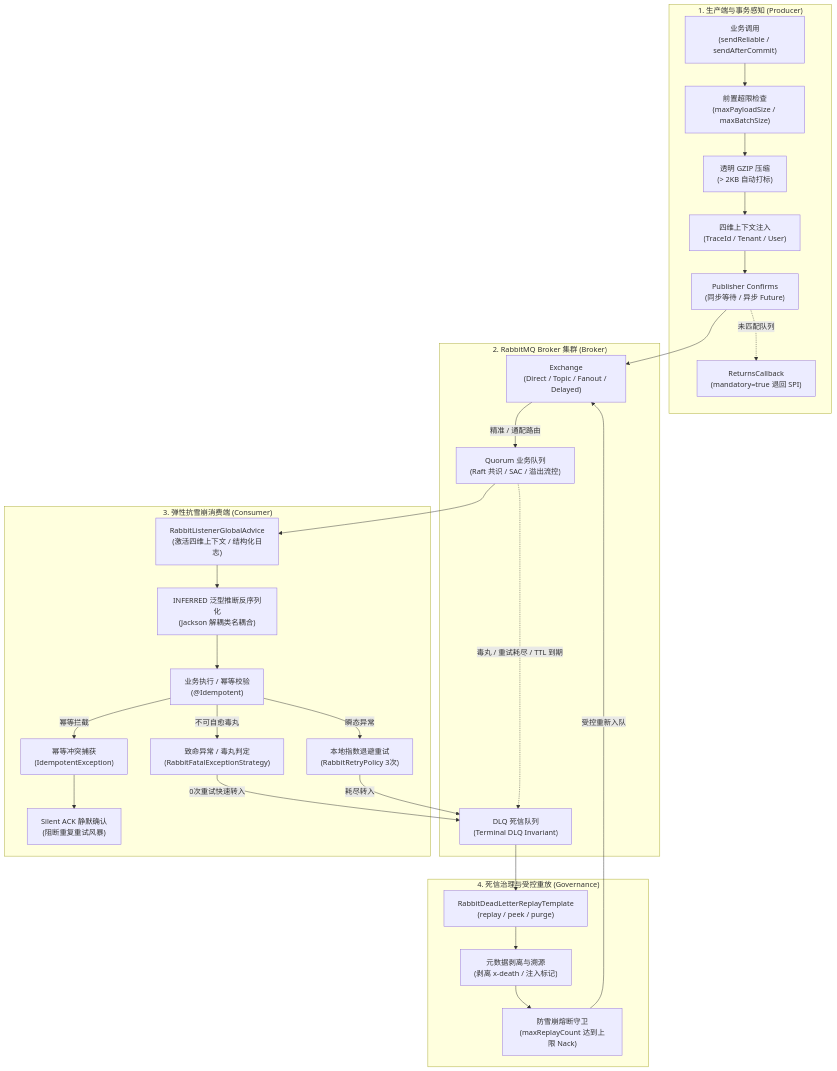
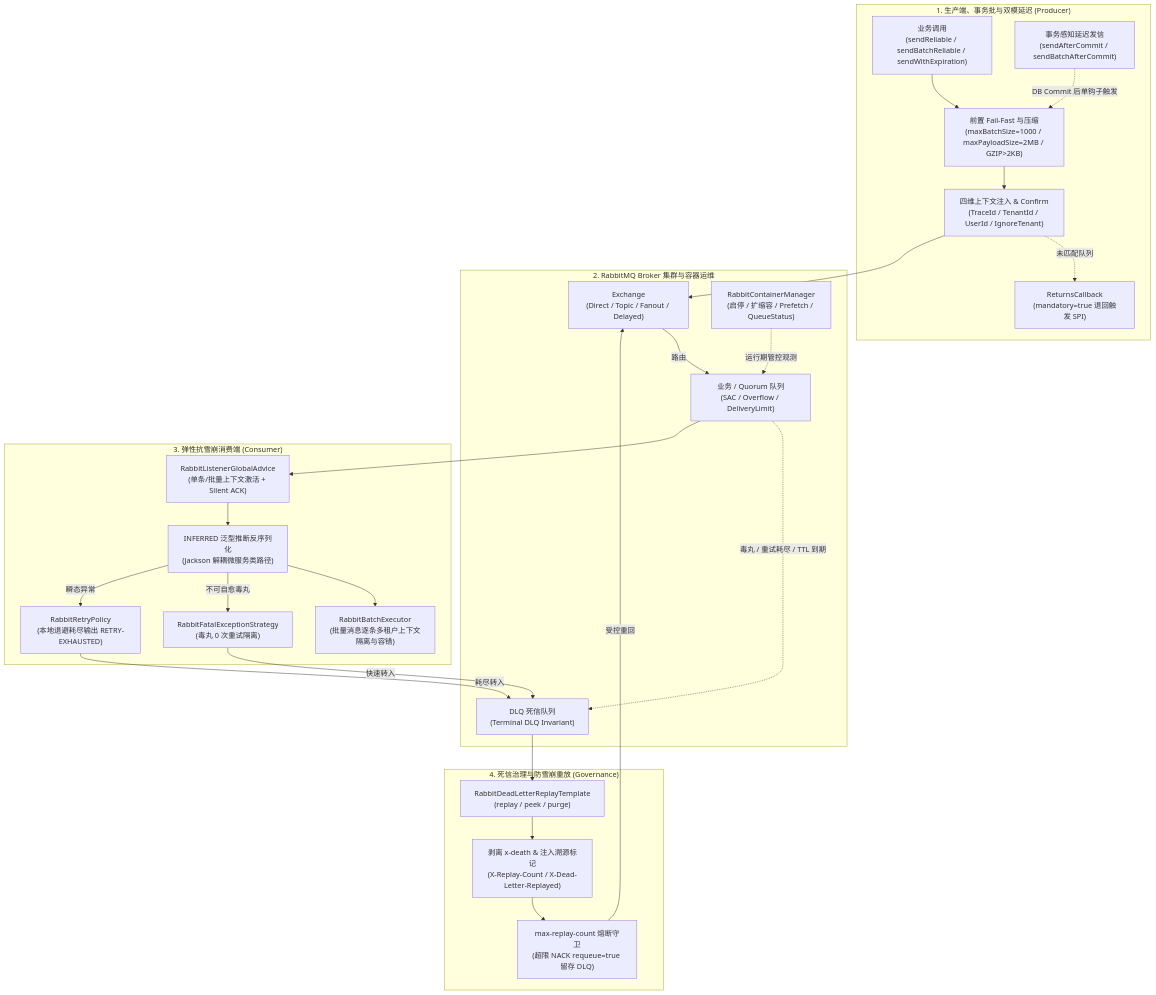
The diagram in ateng-boot-rabbitmq/README.md (atengk/ateng-boot), drawn with Mermaid before and after one commit. The commit also changed other lines of this file and 5 other files, not shown here.

````diff
--- a/ateng-boot-rabbitmq/README.md
+++ b/ateng-boot-rabbitmq/README.md
@@ -127,45 +145,45 @@
 ```mermaid
 flowchart TD
-    subgraph Producer["1. 生产端与事务感知 (Producer)"]
-        P1["业务调用<br>(sendReliable / sendAfterCommit)"]
-        P2["前置超限检查<br>(maxPayloadSize / maxBatchSize)"]
-        P3["透明 GZIP 压缩<br>(> 2KB 自动打标)"]
-        P4["四维上下文注入<br>(TraceId / Tenant / User)"]
-        P5["Publisher Confirms<br>(同步等待 / 异步 Future)"]
-        P6["ReturnsCallback<br>(mandatory=true 退回 SPI)"]
-        P1 --> P2 --> P3 --> P4 --> P5
-        P5 -.->|未匹配队列| P6
+    subgraph Producer["1. 生产端、事务批与双模延迟 (Producer)"]
+        P1["业务调用<br>(sendReliable / sendBatchReliable / sendWithExpiration)"]
+        P2["事务感知延迟发信<br>(sendAfterCommit / sendBatchAfterCommit)"]
+        P3["前置 Fail-Fast 与压缩<br>(maxBatchSize=1000 / maxPayloadSize=2MB / GZIP>2KB)"]
+        P4["四维上下文注入 & Confirm<br>(TraceId / TenantId / UserId / IgnoreTenant)"]
+        P5["ReturnsCallback<br>(mandatory=true 退回触发 SPI)"]
+        P1 --> P3
+        P2 -.->|DB Commit 后单钩子触发| P3
+        P3 --> P4
+        P4 -.->|未匹配队列| P5
     end
 
-    subgraph Broker["2. RabbitMQ Broker 集群 (Broker)"]
+    subgraph Broker["2. RabbitMQ Broker 集群与容器运维"]
         Ex["Exchange<br>(Direct / Topic / Fanout / Delayed)"]
-        QMain["Quorum 业务队列<br>(Raft 共识 / SAC / 溢出流控)"]
+        QMain["业务 / Quorum 队列<br>(SAC / Overflow / DeliveryLimit)"]
         QDLQ["DLQ 死信队列<br>(Terminal DLQ Invariant)"]
-        Ex -->|精准 / 通配路由| QMain
+        Ops["RabbitContainerManager<br>(启停 / 扩缩容 / Prefetch / QueueStatus)"]
+        Ex -->|路由| QMain
         QMain -.->|毒丸 / 重试耗尽 / TTL 到期| QDLQ
+        Ops -.->|运行期管控观测| QMain
     end
 
     subgraph Consumer["3. 弹性抗雪崩消费端 (Consumer)"]
-        C1["RabbitListenerGlobalAdvice<br>(激活四维上下文 / 结构化日志)"]
-        C2["INFERRED 泛型推断反序列化<br>(Jackson 解耦类名耦合)"]
-        C3["业务执行 / 幂等校验<br>(@Idempotent)"]
-        C4["幂等冲突捕获<br>(IdempotentException)"]
-        C5["Silent ACK 静默确认<br>(阻断重复重试风暴)"]
-        C6["致命异常 / 毒丸判定<br>(RabbitFatalExceptionStrategy)"]
-        C7["本地指数退避重试<br>(RabbitRetryPolicy 3次)"]
+        C1["RabbitListenerGlobalAdvice<br>(单条/批量上下文激活 + Silent ACK)"]
+        C2["INFERRED 泛型推断反序列化<br>(Jackson 解耦微服务类路径)"]
+        C3["RabbitBatchExecutor<br>(批量消息逐条多租户上下文隔离与容错)"]
+        C4["RabbitFatalExceptionStrategy<br>(毒丸 0 次重试隔离)"]
+        C5["RabbitRetryPolicy<br>(本地退避耗尽输出 RETRY-EXHAUSTED)"]
         C1 --> C2 --> C3
-        C3 -->|幂等拦截| C4 --> C5
-        C3 -->|不可自愈毒丸| C6 -->|0次重试快速转入| QDLQ
-        C3 -->|瞬态异常| C7 -->|耗尽转入| QDLQ
+        C2 -->|不可自愈毒丸| C4 -->|快速转入| QDLQ
+        C2 -->|瞬态异常| C5 -->|耗尽转入| QDLQ
     end
 
-    subgraph Governance["4. 死信治理与受控重放 (Governance)"]
+    subgraph Governance["4. 死信治理与防雪崩重放 (Governance)"]
         G1["RabbitDeadLetterReplayTemplate<br>(replay / peek / purge)"]
-        G2["元数据剥离与溯源<br>(剥离 x-death / 注入标记)"]
-        G3["防雪崩熔断守卫<br>(maxReplayCount 达到上限 Nack)"]
-        QDLQ --> G1 --> G2 --> G3 -->|受控重新入队| Ex
+        G2["剥离 x-death & 注入溯源标记<br>(X-Replay-Count / X-Dead-Letter-Replayed)"]
+        G3["max-replay-count 熔断守卫<br>(超限 NACK requeue=true 留存 DLQ)"]
+        QDLQ --> G1 --> G2 --> G3 -->|受控重回| Ex
     end
 
-    P5 --> Ex
+    P4 --> Ex
     QMain --> C1
 ```
````
